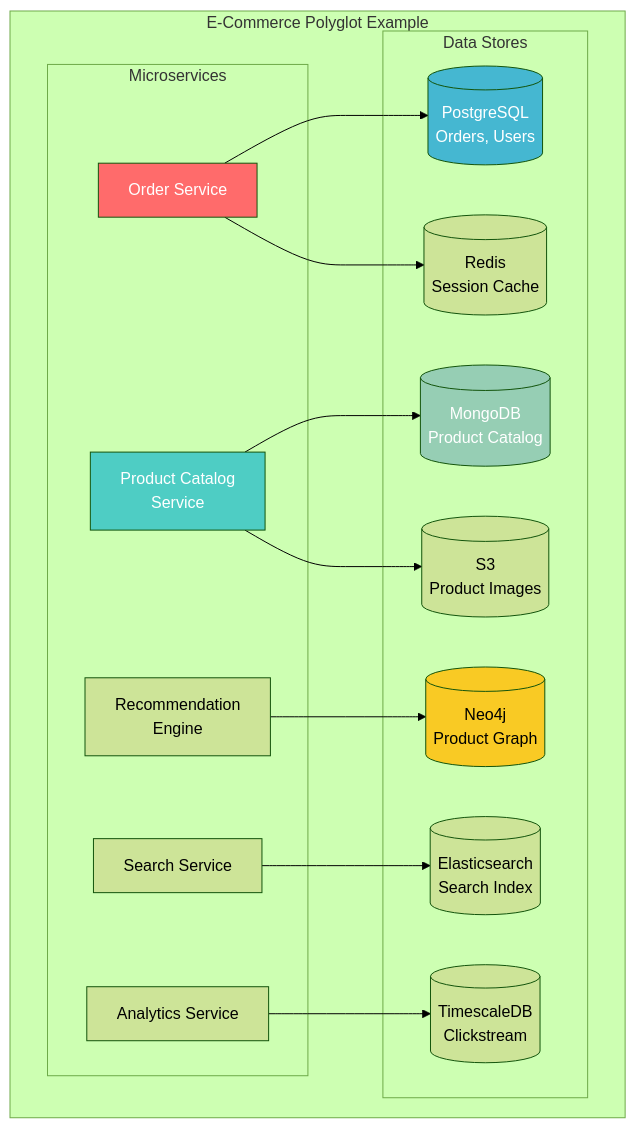
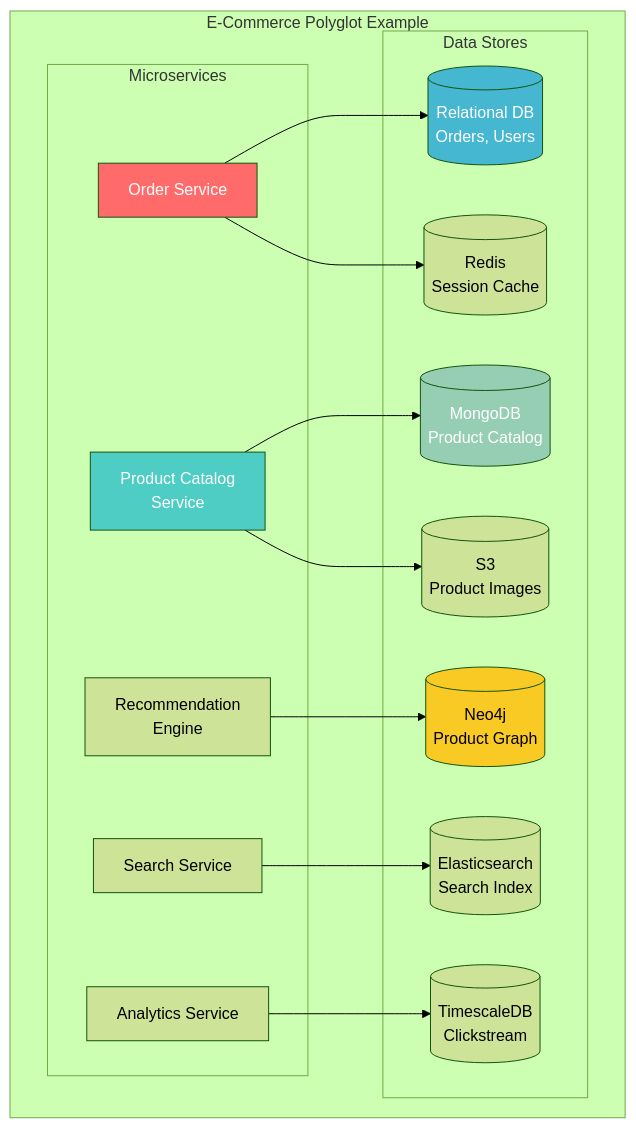
One commit to gurkanindibay/azure_learning changed the fifth of 7 diagrams in architecture-general/04-data-analytics-ai-architecture/01-data-architecture/03-polyglot-persistence.md. Above: the diagram before and after it, drawn with Mermaid (forest theme). The commit also changed other lines of this file, not shown here.

````diff
--- a/architecture-general/04-data-analytics-ai-architecture/01-data-architecture/03-polyglot-persistence.md
+++ b/architecture-general/04-data-analytics-ai-architecture/01-data-architecture/03-polyglot-persistence.md
@@ -315,36 +315,36 @@
 ```mermaid
 graph TB
     subgraph "E-Commerce Polyglot Example"
         subgraph "Microservices"
             ORDERS[Order Service]
             CATALOG[Product Catalog<br/>Service]
             RECOMMEND[Recommendation<br/>Engine]
             SEARCH_SVC[Search Service]
             ANALYTICS[Analytics Service]
         end
 
         subgraph "Data Stores"
-            PG[(PostgreSQL<br/>Orders, Users)]
+            PG[(Relational DB<br/>Orders, Users)]
             MONGO[(MongoDB<br/>Product Catalog)]
             NEO4J[(Neo4j<br/>Product Graph)]
             ES[(Elasticsearch<br/>Search Index)]
             REDIS[(Redis<br/>Session Cache)]
             TSDB[(TimescaleDB<br/>Clickstream)]
             S3[(S3<br/>Product Images)]
         end
 
         ORDERS --> PG
         CATALOG --> MONGO
         CATALOG --> S3
         RECOMMEND --> NEO4J
         SEARCH_SVC --> ES
         ORDERS --> REDIS
         ANALYTICS --> TSDB
     end
 
     style ORDERS fill:#ff6b6b,color:#fff
     style CATALOG fill:#4ecdc4,color:#fff
     style PG fill:#45b7d1,color:#fff
     style MONGO fill:#96ceb4,color:#fff
     style NEO4J fill:#f9ca24,color:#000
 ```
````
